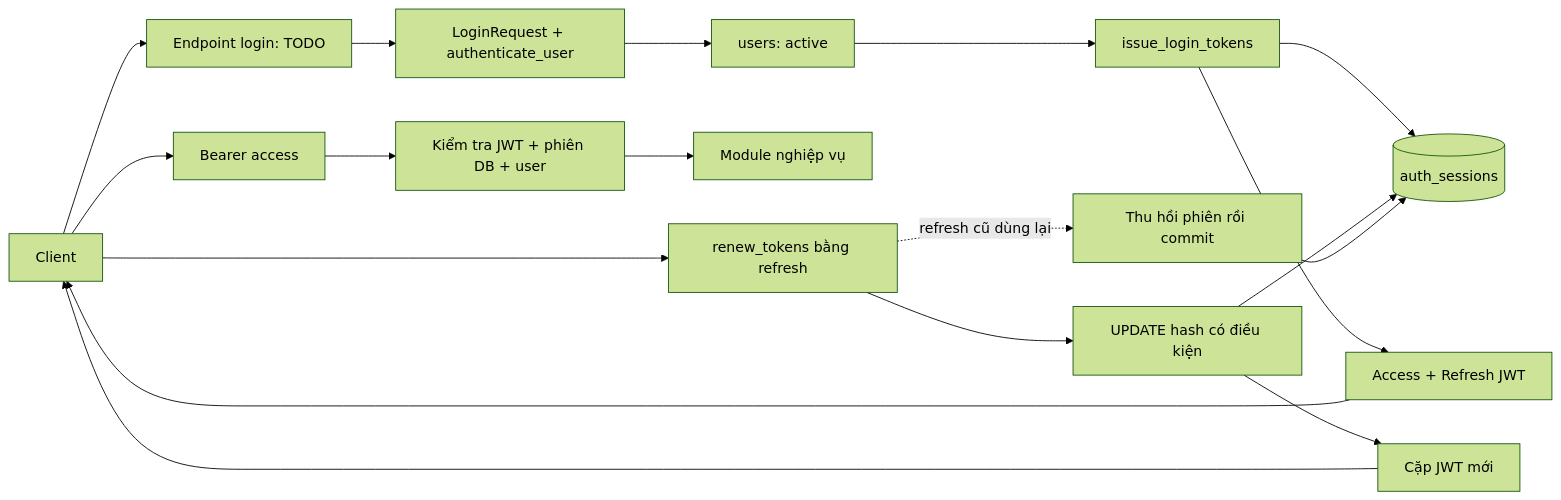
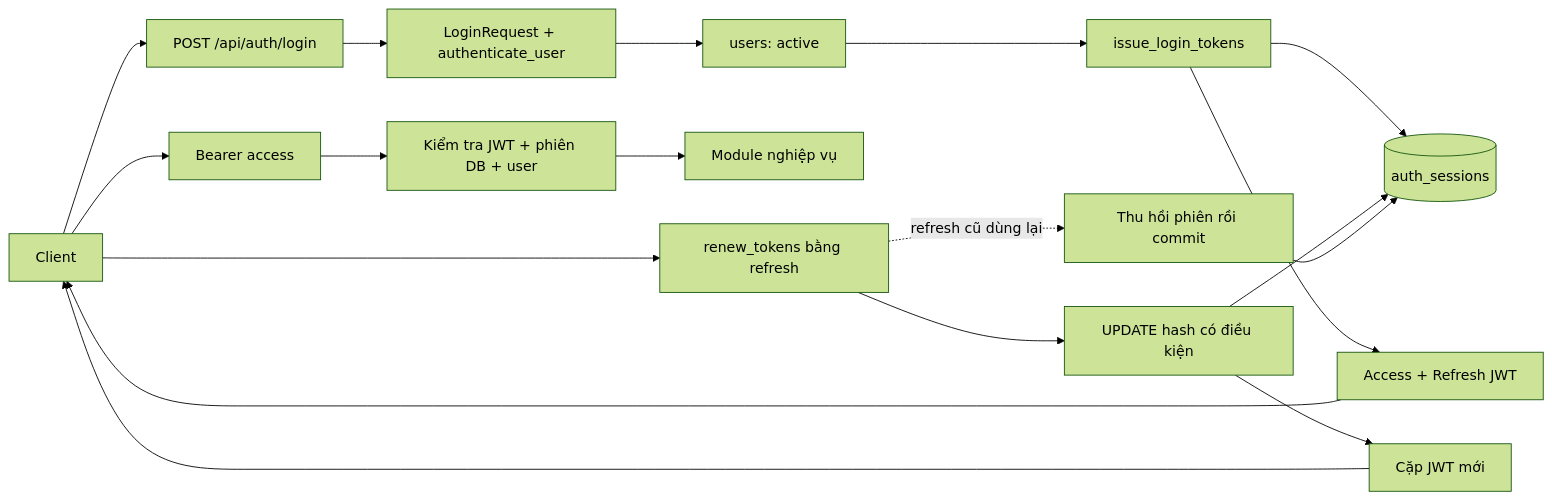
One commit to SpyroFujiki2/tutor-web-python changed the second of 2 diagrams in docs/security.md. Above: the diagram before and after it, drawn with Mermaid (forest theme). The commit also changed other lines of this file and 106 other files, not shown here.

````diff
--- a/docs/security.md
+++ b/docs/security.md
@@ -131,20 +176,20 @@
 ```mermaid
 flowchart LR
-    C[Client] --> LOGIN[Endpoint login: TODO]
+    C[Client] --> LOGIN[POST /api/auth/login]
     LOGIN --> AUTH[LoginRequest + authenticate_user]
     AUTH --> U[users: active]
     U --> ISSUE[issue_login_tokens]
     ISSUE --> S[(auth_sessions)]
     ISSUE --> PAIR[Access + Refresh JWT]
     PAIR --> C
     C --> B[Bearer access]
     B --> CHECK[Kiểm tra JWT + phiên DB + user]
     CHECK --> MOD[Module nghiệp vụ]
     C --> R[renew_tokens bằng refresh]
     R --> CAS[UPDATE hash có điều kiện]
     CAS --> S
     CAS --> NEW[Cặp JWT mới]
     NEW --> C
     R -. refresh cũ dùng lại .-> REVOKE[Thu hồi phiên rồi commit]
     REVOKE --> S
 ```
````
